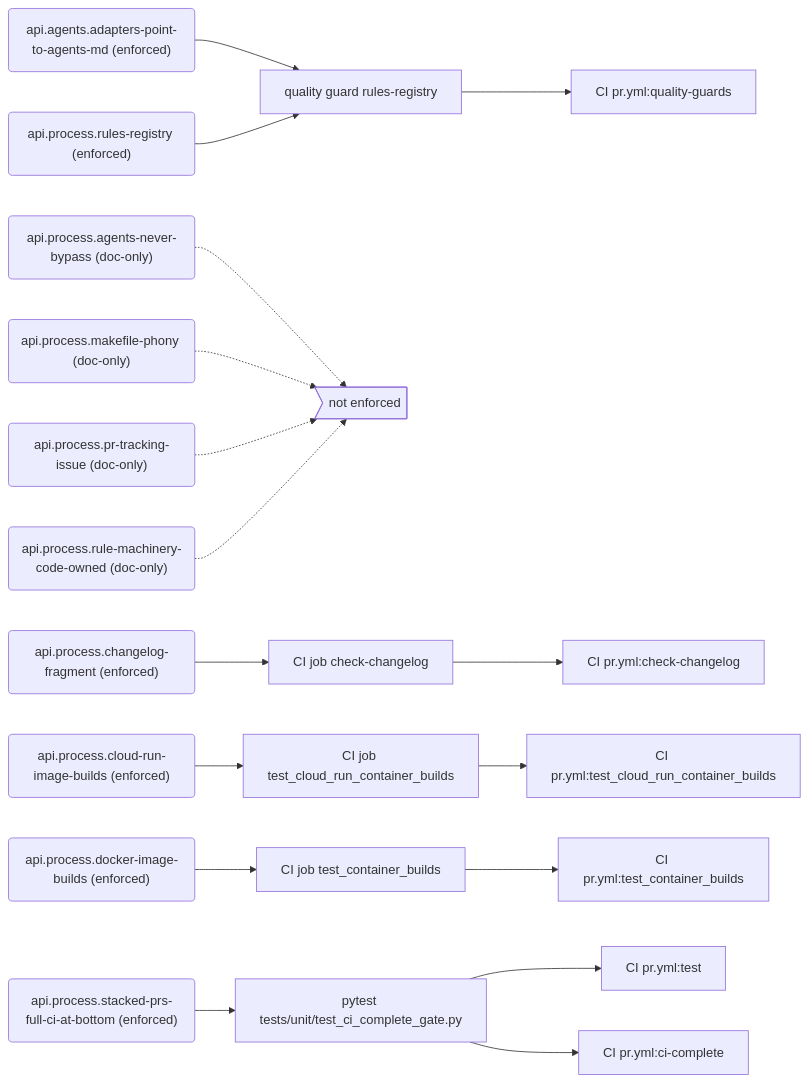
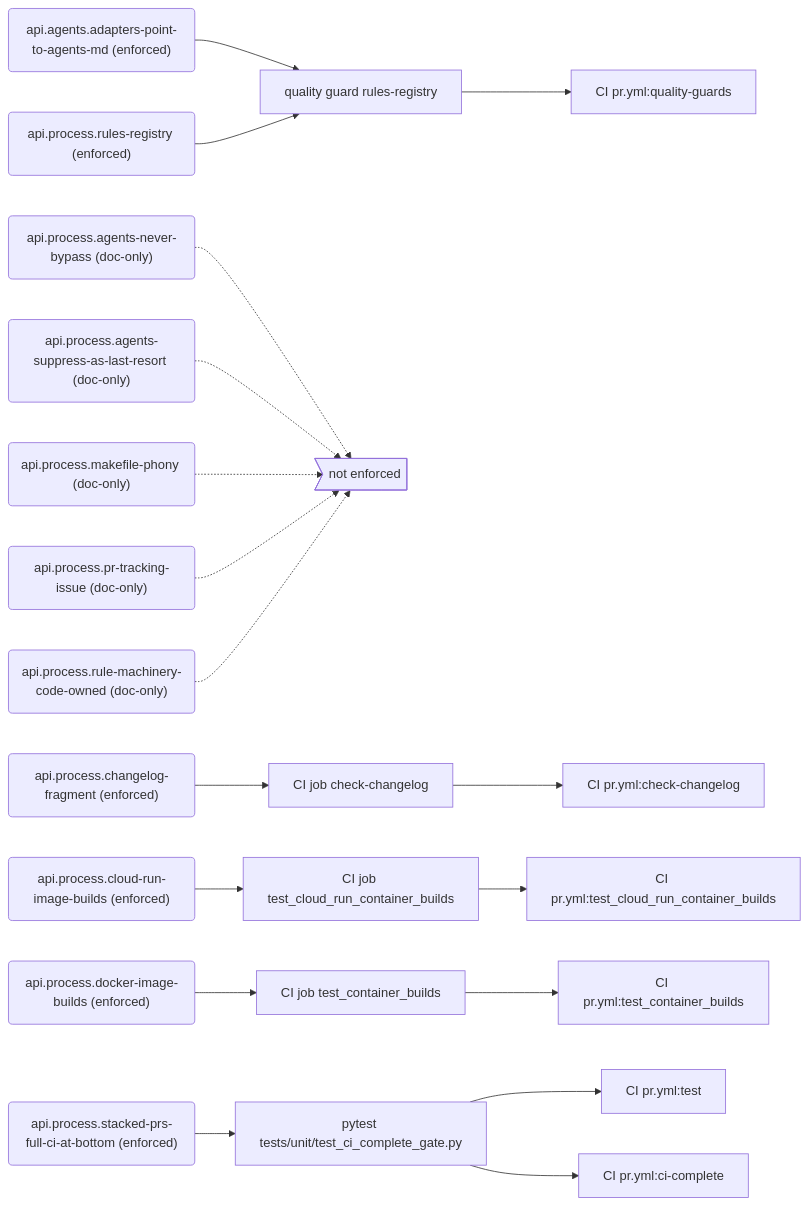
One commit to PolicyEngine/policyengine-api changed the ninth of 9 diagrams in docs/generated/rules.md. Above: the diagram before and after it, drawn with Mermaid. The commit also changed other lines of this file and 5 other files, not shown here.

First line of the commit message:
Register a doc-only rule: agents suppress a ruff finding only as a last resort

````diff
--- a/docs/generated/rules.md
+++ b/docs/generated/rules.md
@@ -386,41 +388,43 @@
 ```mermaid
 flowchart LR
   r_api_agents_adapters_point_to_agents_md("api.agents.adapters-point-to-agents-md (enforced)")
   e_quality_guard_rules_registry["quality guard rules-registry"]
   j_CI_pr_yml_quality_guards["CI pr.yml:quality-guards"]
   r_api_process_agents_never_bypass("api.process.agents-never-bypass (doc-only)")
   gap_unenforced>"not enforced"]
+  r_api_process_agents_suppress_as_last_resort("api.process.agents-suppress-as-last-resort (doc-only)")
   r_api_process_changelog_fragment("api.process.changelog-fragment (enforced)")
   e_CI_job_check_changelog["CI job check-changelog"]
   j_CI_pr_yml_check_changelog["CI pr.yml:check-changelog"]
   r_api_process_cloud_run_image_builds("api.process.cloud-run-image-builds (enforced)")
   e_CI_job_test_cloud_run_container_builds["CI job test_cloud_run_container_builds"]
   j_CI_pr_yml_test_cloud_run_container_builds["CI pr.yml:test_cloud_run_container_builds"]
   r_api_process_docker_image_builds("api.process.docker-image-builds (enforced)")
   e_CI_job_test_container_builds["CI job test_container_builds"]
   j_CI_pr_yml_test_container_builds["CI pr.yml:test_container_builds"]
   r_api_process_makefile_phony("api.process.makefile-phony (doc-only)")
   r_api_process_pr_tracking_issue("api.process.pr-tracking-issue (doc-only)")
   r_api_process_rule_machinery_code_owned("api.process.rule-machinery-code-owned (doc-only)")
   r_api_process_rules_registry("api.process.rules-registry (enforced)")
   r_api_process_stacked_prs_full_ci_at_bottom("api.process.stacked-prs-full-ci-at-bottom (enforced)")
   e_pytest_tests_unit_test_ci_complete_gate_py["pytest tests/unit/test_ci_complete_gate.py"]
   j_CI_pr_yml_test["CI pr.yml:test"]
   j_CI_pr_yml_ci_complete["CI pr.yml:ci-complete"]
   r_api_agents_adapters_point_to_agents_md --> e_quality_guard_rules_registry
   e_quality_guard_rules_registry --> j_CI_pr_yml_quality_guards
   r_api_process_agents_never_bypass -.-> gap_unenforced
+  r_api_process_agents_suppress_as_last_resort -.-> gap_unenforced
   r_api_process_changelog_fragment --> e_CI_job_check_changelog
   e_CI_job_check_changelog --> j_CI_pr_yml_check_changelog
   r_api_process_cloud_run_image_builds --> e_CI_job_test_cloud_run_container_builds
   e_CI_job_test_cloud_run_container_builds --> j_CI_pr_yml_test_cloud_run_container_builds
   r_api_process_docker_image_builds --> e_CI_job_test_container_builds
   e_CI_job_test_container_builds --> j_CI_pr_yml_test_container_builds
   r_api_process_makefile_phony -.-> gap_unenforced
   r_api_process_pr_tracking_issue -.-> gap_unenforced
   r_api_process_rule_machinery_code_owned -.-> gap_unenforced
   r_api_process_rules_registry --> e_quality_guard_rules_registry
   r_api_process_stacked_prs_full_ci_at_bottom --> e_pytest_tests_unit_test_ci_complete_gate_py
   e_pytest_tests_unit_test_ci_complete_gate_py --> j_CI_pr_yml_test
   e_pytest_tests_unit_test_ci_complete_gate_py --> j_CI_pr_yml_ci_complete
 ```
````
